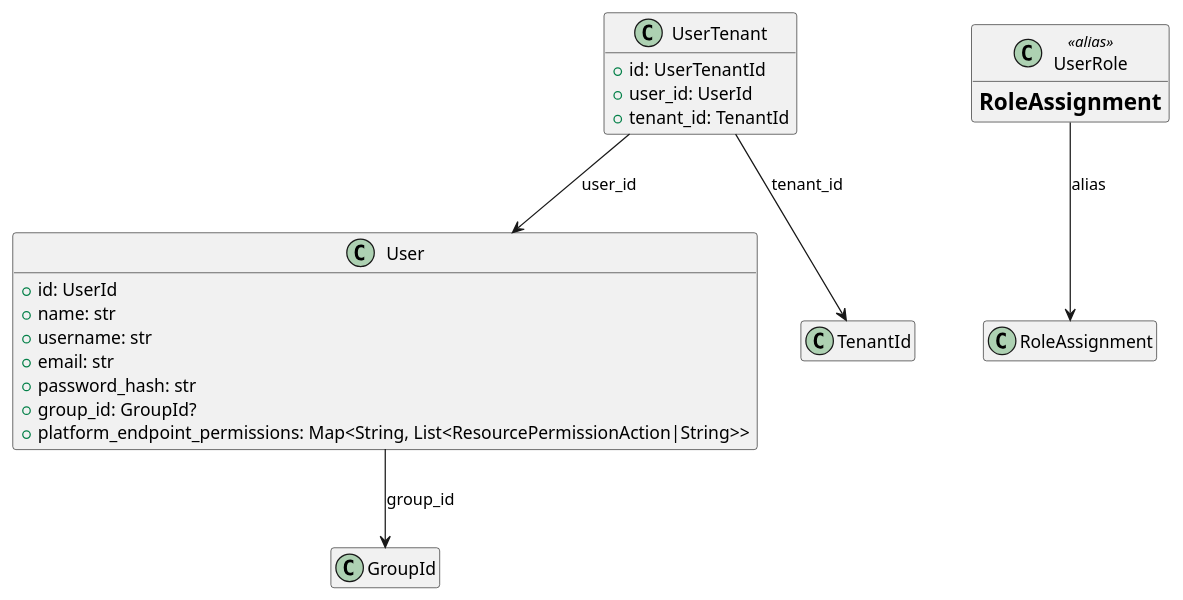
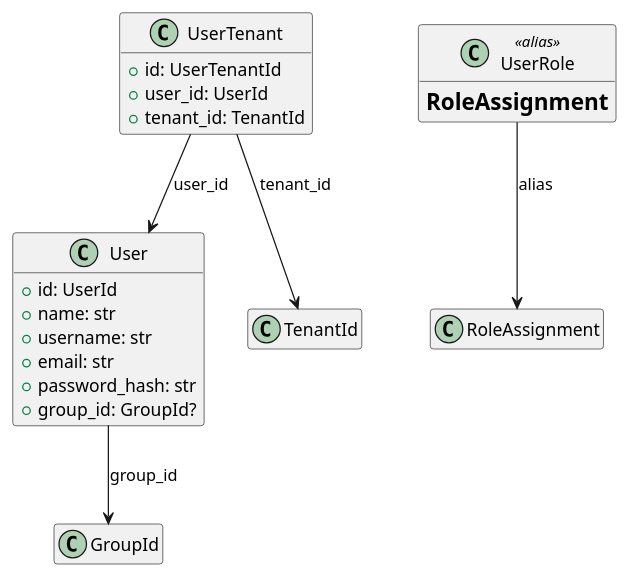
The diagram in docs/docs/developer/models/user_models.md (McGuireTechnology/ITSoR), drawn with PlantUML before and after one commit. The commit also changed other lines of this file and 12 other files, not shown here.

Commit message:
refactor(auth): remove endpoint permission maps from user/group models

````diff
--- a/docs/docs/developer/models/user_models.md
+++ b/docs/docs/developer/models/user_models.md
@@ -29,31 +28,30 @@
 ```plantuml
 @startuml
 hide empty members
 
 class User {
   +id: UserId
   +name: str
   +username: str
   +email: str
   +password_hash: str
   +group_id: GroupId?
-  +platform_endpoint_permissions: Map<String, List<ResourcePermissionAction|String>>
 }
 
 class UserTenant {
   +id: UserTenantId
   +user_id: UserId
   +tenant_id: TenantId
 }
 
 class UserRole <<alias>> {
   = RoleAssignment
 }
 
 UserTenant --> User : user_id
 UserTenant --> TenantId : tenant_id
 User --> GroupId : group_id
 UserRole --> RoleAssignment : alias
 
 @enduml
 ```
````
